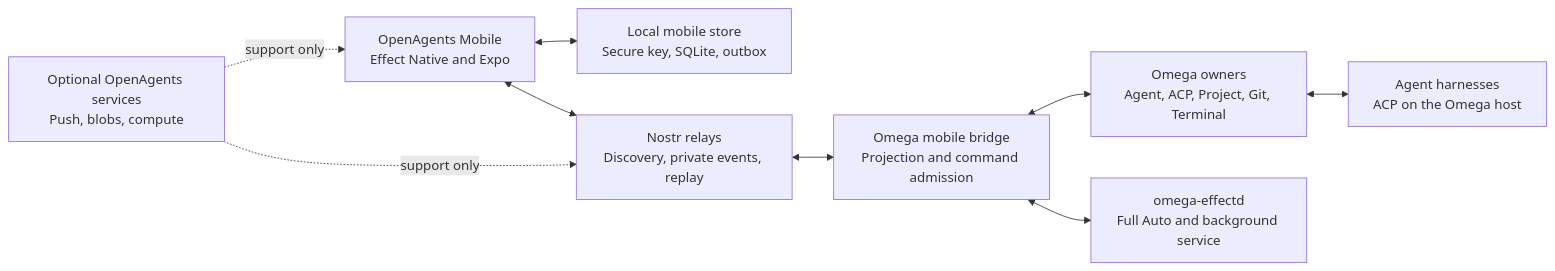
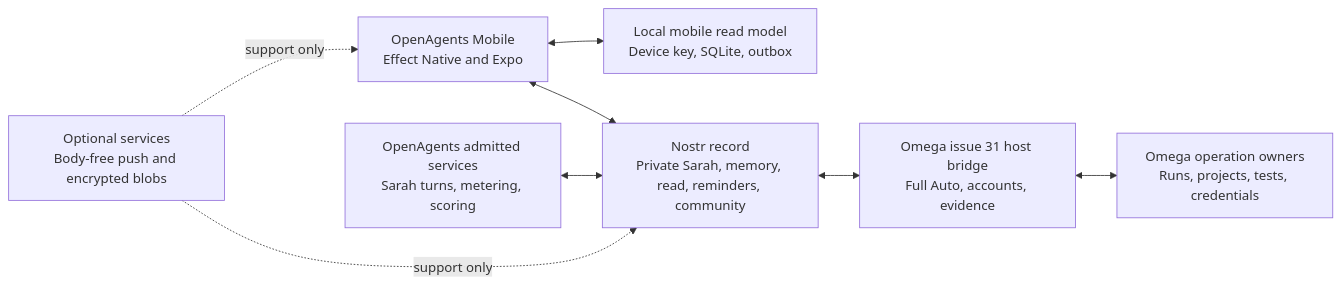
One commit to OpenAgentsInc/openagents changed the diagram in docs/omega/2026-07-24-openagents-mobile-omega-adaptation-audit.md. Above: the diagram before and after it, drawn with Mermaid. The commit also changed other lines of this file and 2 other files, not shown here.

Commit message:
Prioritize issue 31 in Omega mobile roadmap

````diff
--- a/docs/omega/2026-07-24-openagents-mobile-omega-adaptation-audit.md
+++ b/docs/omega/2026-07-24-openagents-mobile-omega-adaptation-audit.md
@@ -294,20 +352,18 @@
 ```mermaid
 flowchart LR
     M["OpenAgents Mobile\nEffect Native and Expo"]
-    L["Local mobile store\nSecure key, SQLite, outbox"]
-    R["Nostr relays\nDiscovery, private events, replay"]
-    B["Omega mobile bridge\nProjection and command admission"]
-    O["Omega owners\nAgent, ACP, Project, Git, Terminal"]
-    E["omega-effectd\nFull Auto and background service"]
-    A["Agent harnesses\nACP on the Omega host"]
-    C["Optional OpenAgents services\nPush, blobs, compute"]
+    L["Local mobile read model\nDevice key, SQLite, outbox"]
+    R["Nostr record\nPrivate Sarah, memory, read, reminders, community"]
+    B["Omega issue 31 host bridge\nFull Auto, accounts, evidence"]
+    O["Omega operation owners\nRuns, projects, tests, credentials"]
+    S["OpenAgents admitted services\nSarah turns, metering, scoring"]
+    C["Optional services\nBody-free push and encrypted blobs"]
 
     M <--> L
     M <--> R
     R <--> B
     B <--> O
-    B <--> E
-    O <--> A
+    S <--> R
     C -. "support only" .-> M
     C -. "support only" .-> R
 ```
````
